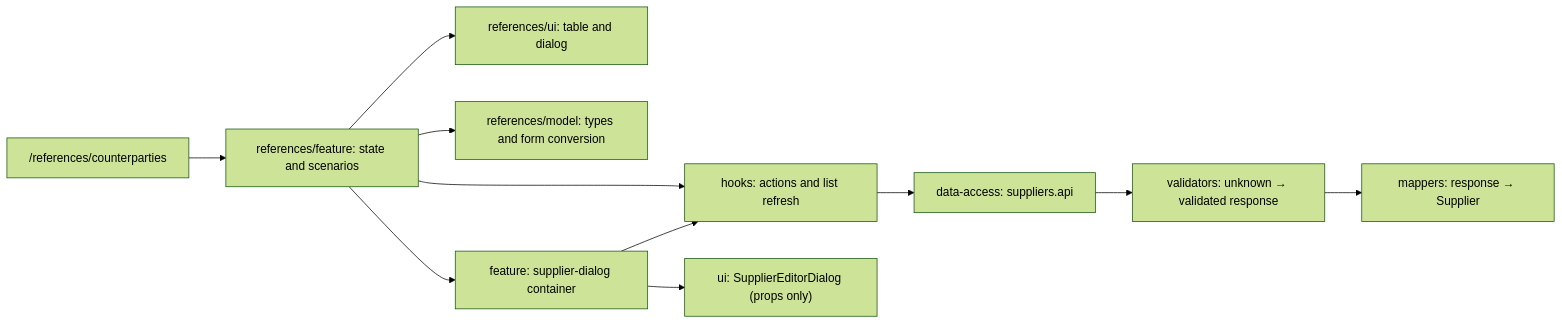
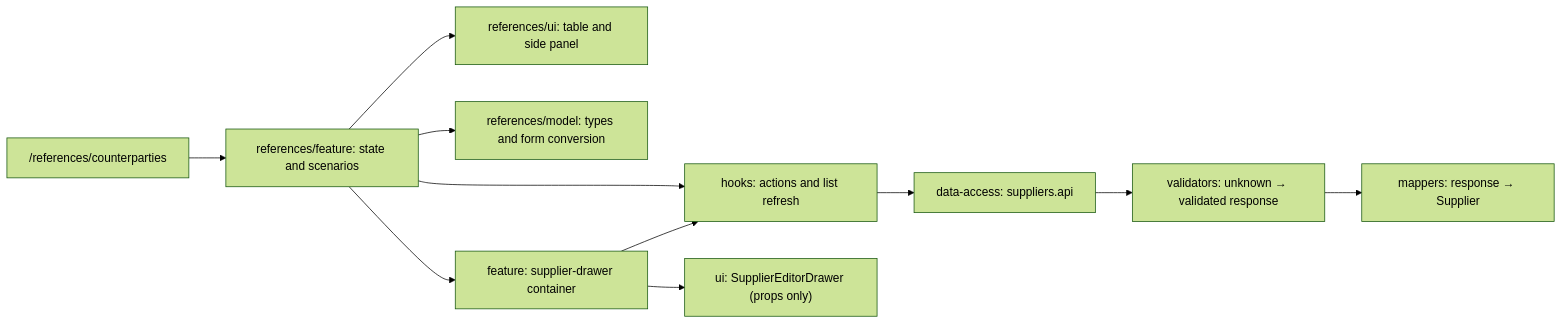
One commit to Weretik/brevi-web changed the diagram in docs/features/admin/references/suppliers.md. Above: the diagram before and after it, drawn with Mermaid (forest theme). The commit also changed other lines of this file and 68 other files, not shown here.

First line of the commit message:
Add PPE product card and side panel for counterparties

````diff
--- a/docs/features/admin/references/suppliers.md
+++ b/docs/features/admin/references/suppliers.md
@@ -42,13 +42,13 @@
 ```mermaid
 flowchart LR
   Route["/references/counterparties"] --> Page["references/feature: state and scenarios"]
-  Page --> UI["references/ui: table and dialog"]
+  Page --> UI["references/ui: table and side panel"]
   Page --> Model["references/model: types and form conversion"]
   Page --> Hooks["hooks: actions and list refresh"]
-  Page --> Editor["feature: supplier-dialog container"]
+  Page --> Editor["feature: supplier-drawer container"]
   Editor --> Hooks
-  Editor --> Form["ui: SupplierEditorDialog (props only)"]
+  Editor --> Form["ui: SupplierEditorDrawer (props only)"]
   Hooks --> Data["data-access: suppliers.api"]
   Data --> Validator["validators: unknown → validated response"]
   Validator --> Mapper["mappers: response → Supplier"]
 ```
````
